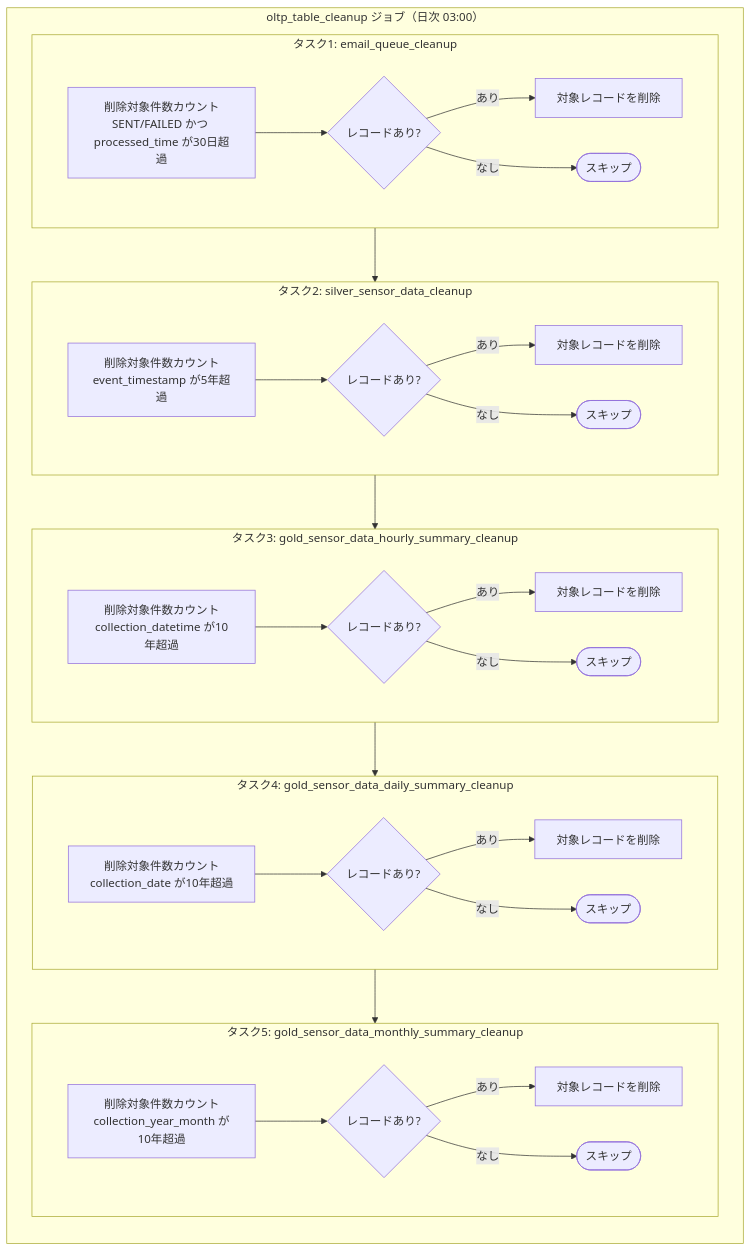
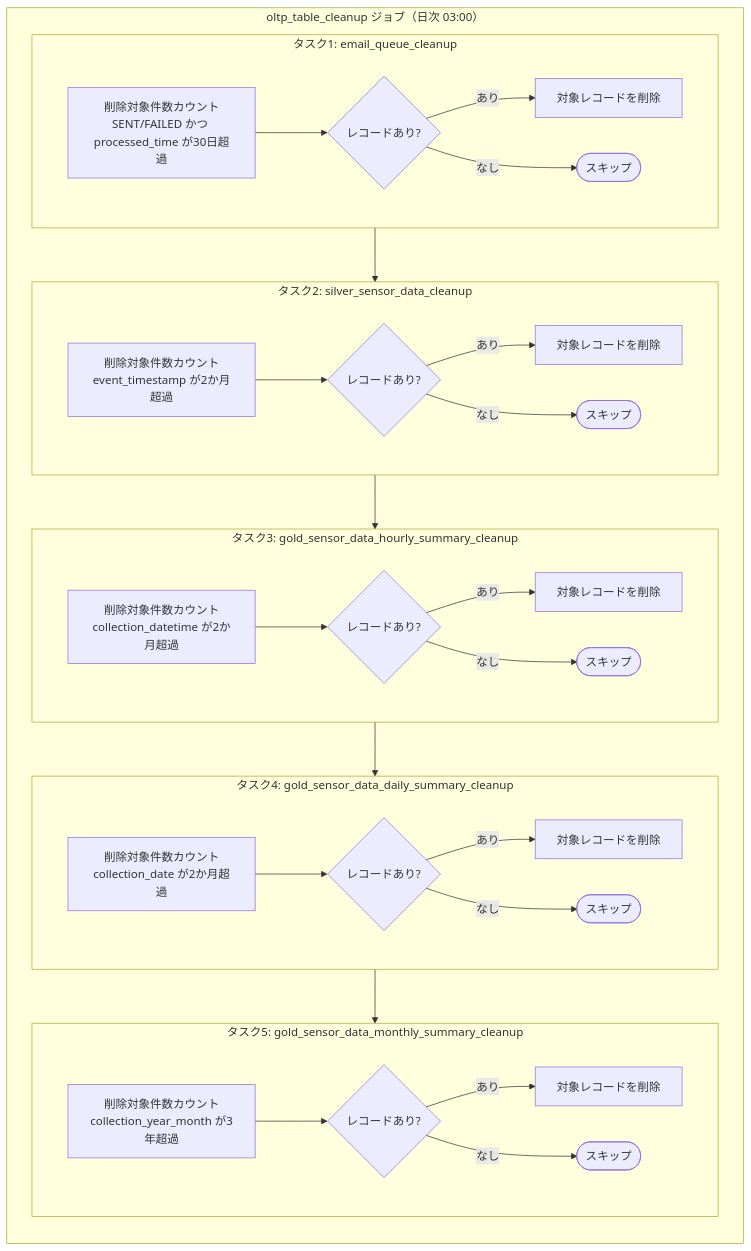
One commit to NSW-SVCP-AIWG002/Databricks-IoT changed the diagram in docs/03-features/batch/oltp-cleanup/README.md. Above: the diagram before and after it, drawn with Mermaid. The commit also changed 4 other files, not shown here.

````diff
--- a/docs/03-features/batch/oltp-cleanup/README.md
+++ b/docs/03-features/batch/oltp-cleanup/README.md
@@ -67,53 +67,53 @@
 ```mermaid
 flowchart TB
     subgraph Job["oltp_table_cleanup ジョブ（日次 03:00）"]
         direction TB
 
         subgraph T1["タスク1: email_queue_cleanup"]
             Count1[削除対象件数カウント<br>SENT/FAILED かつ processed_time が30日超過]
             Check1{レコードあり?}
             Delete1[対象レコードを削除]
             Count1 --> Check1
             Check1 -->|あり| Delete1
             Check1 -->|なし| Skip1([スキップ])
         end
 
         subgraph T2["タスク2: silver_sensor_data_cleanup"]
-            Count2[削除対象件数カウント<br>event_timestamp が5年超過]
+            Count2[削除対象件数カウント<br>event_timestamp が2か月超過]
             Check2{レコードあり?}
             Delete2[対象レコードを削除]
             Count2 --> Check2
             Check2 -->|あり| Delete2
             Check2 -->|なし| Skip2([スキップ])
         end
 
         subgraph T3["タスク3: gold_sensor_data_hourly_summary_cleanup"]
-            Count3[削除対象件数カウント<br>collection_datetime が10年超過]
+            Count3[削除対象件数カウント<br>collection_datetime が2か月超過]
             Check3{レコードあり?}
             Delete3[対象レコードを削除]
             Count3 --> Check3
             Check3 -->|あり| Delete3
             Check3 -->|なし| Skip3([スキップ])
         end
 
         subgraph T4["タスク4: gold_sensor_data_daily_summary_cleanup"]
-            Count4[削除対象件数カウント<br>collection_date が10年超過]
+            Count4[削除対象件数カウント<br>collection_date が2か月超過]
             Check4{レコードあり?}
             Delete4[対象レコードを削除]
             Count4 --> Check4
             Check4 -->|あり| Delete4
             Check4 -->|なし| Skip4([スキップ])
         end
 
         subgraph T5["タスク5: gold_sensor_data_monthly_summary_cleanup"]
-            Count5[削除対象件数カウント<br>collection_year_month が10年超過]
+            Count5[削除対象件数カウント<br>collection_year_month が3年超過]
             Check5{レコードあり?}
             Delete5[対象レコードを削除]
             Count5 --> Check5
             Check5 -->|あり| Delete5
             Check5 -->|なし| Skip5([スキップ])
         end
 
         T1 --> T2 --> T3 --> T4 --> T5
     end
 ```
````
